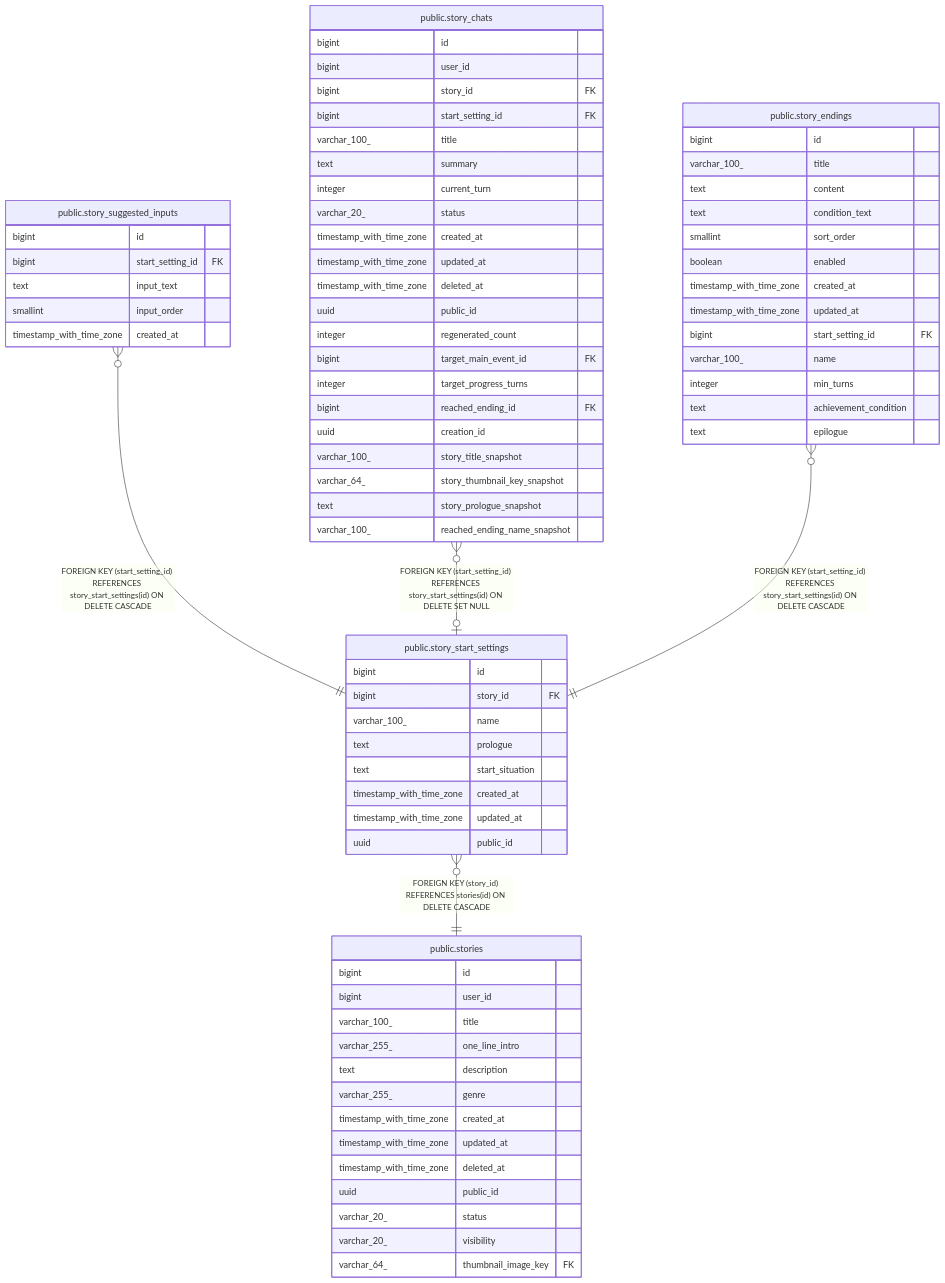
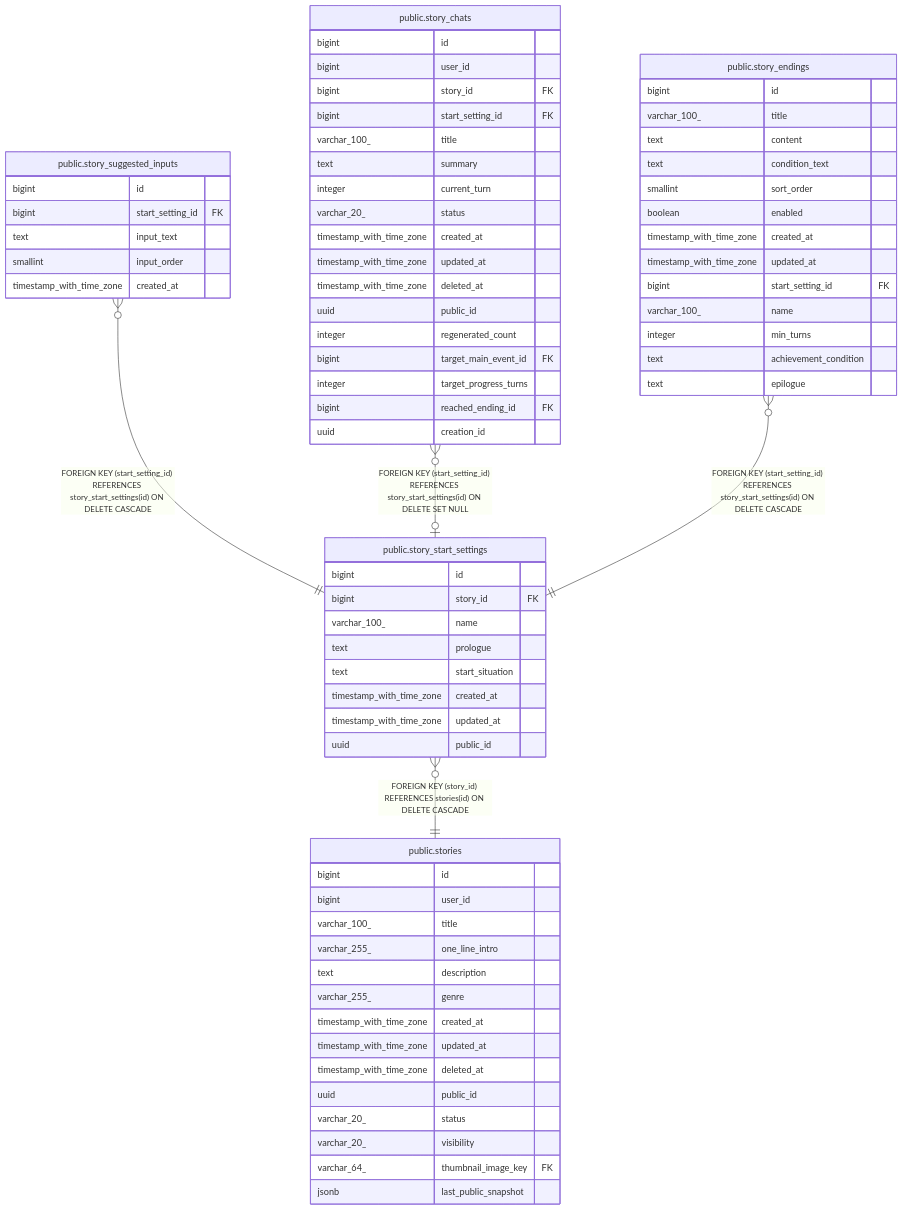
The diagram in dbdoc/public.story_start_settings.md (KIM-N-KANG/manyak-server), drawn with Mermaid before and after one commit. The commit also changed 38 other files, not shown here.

````diff
--- a/dbdoc/public.story_start_settings.md
+++ b/dbdoc/public.story_start_settings.md
@@ -34,79 +34,76 @@
 ```mermaid
 erDiagram
 
 "public.story_suggested_inputs" }o--|| "public.story_start_settings" : "FOREIGN KEY (start_setting_id) REFERENCES story_start_settings(id) ON DELETE CASCADE"
 "public.story_chats" }o--o| "public.story_start_settings" : "FOREIGN KEY (start_setting_id) REFERENCES story_start_settings(id) ON DELETE SET NULL"
 "public.story_endings" }o--|| "public.story_start_settings" : "FOREIGN KEY (start_setting_id) REFERENCES story_start_settings(id) ON DELETE CASCADE"
 "public.story_start_settings" }o--|| "public.stories" : "FOREIGN KEY (story_id) REFERENCES stories(id) ON DELETE CASCADE"
 
 "public.story_start_settings" {
   bigint id
   bigint story_id FK
   varchar_100_ name
   text prologue
   text start_situation
   timestamp_with_time_zone created_at
   timestamp_with_time_zone updated_at
   uuid public_id
 }
 "public.story_suggested_inputs" {
   bigint id
   bigint start_setting_id FK
   text input_text
   smallint input_order
   timestamp_with_time_zone created_at
 }
 "public.story_chats" {
   bigint id
   bigint user_id
   bigint story_id FK
   bigint start_setting_id FK
   varchar_100_ title
   text summary
   integer current_turn
   varchar_20_ status
   timestamp_with_time_zone created_at
   timestamp_with_time_zone updated_at
   timestamp_with_time_zone deleted_at
   uuid public_id
   integer regenerated_count
   bigint target_main_event_id FK
   integer target_progress_turns
   bigint reached_ending_id FK
   uuid creation_id
-  varchar_100_ story_title_snapshot
-  varchar_64_ story_thumbnail_key_snapshot
-  text story_prologue_snapshot
-  varchar_100_ reached_ending_name_snapshot
 }
 "public.story_endings" {
   bigint id
   varchar_100_ title
   text content
   text condition_text
   smallint sort_order
   boolean enabled
   timestamp_with_time_zone created_at
   timestamp_with_time_zone updated_at
   bigint start_setting_id FK
   varchar_100_ name
   integer min_turns
   text achievement_condition
   text epilogue
 }
 "public.stories" {
   bigint id
   bigint user_id
   varchar_100_ title
   varchar_255_ one_line_intro
   text description
   varchar_255_ genre
   timestamp_with_time_zone created_at
   timestamp_with_time_zone updated_at
   timestamp_with_time_zone deleted_at
   uuid public_id
   varchar_20_ status
   varchar_20_ visibility
   varchar_64_ thumbnail_image_key FK
+  jsonb last_public_snapshot
 }
 ```
````
